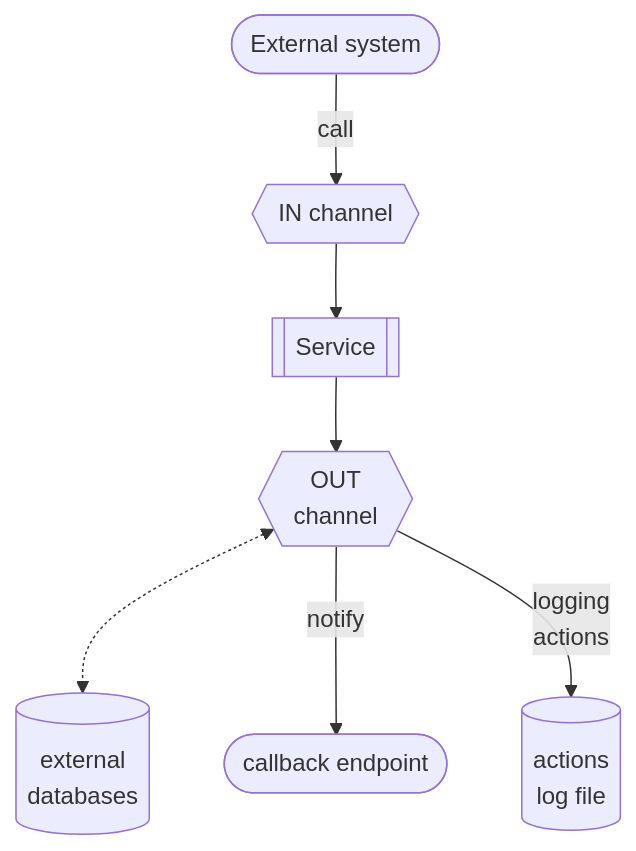
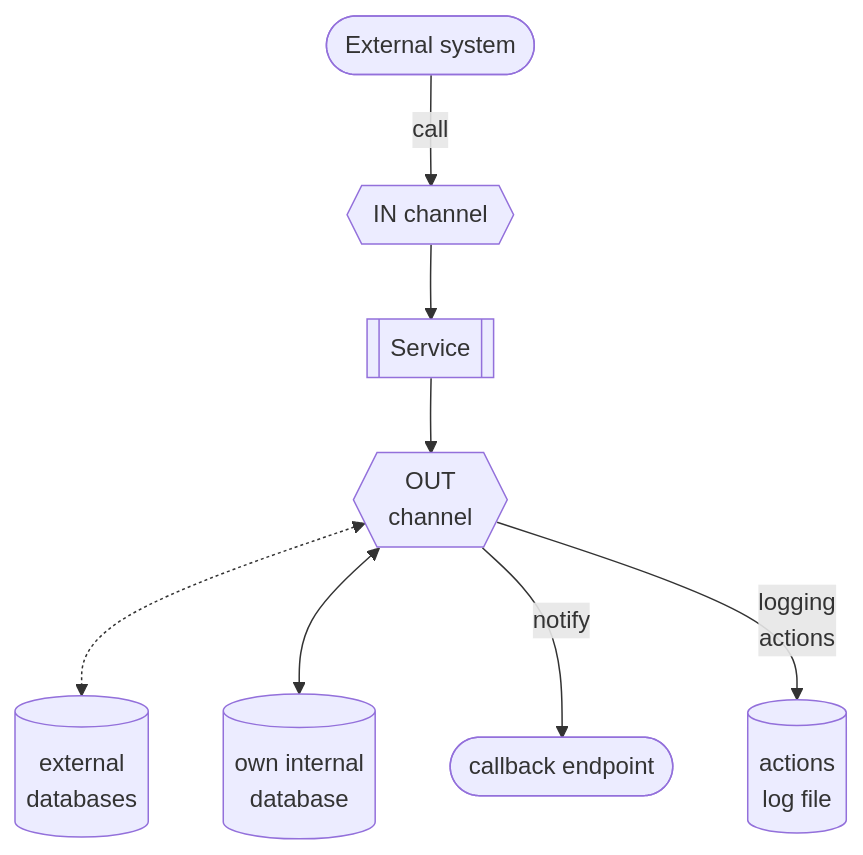
One commit to petre-renware/arint changed the diagram in doc_src/810-DSGN/130.02-Overview.md. Above: the diagram before and after it, drawn with Mermaid. The commit also changed other lines of this file, not shown here.

````diff
--- a/doc_src/810-DSGN/130.02-Overview.md
+++ b/doc_src/810-DSGN/130.02-Overview.md
@@ -25,19 +25,21 @@
 ``` mermaid
 graph TD
     SRV[[Service]]
     EXT([External system])
     INCH{{IN channel}}
-    DTB[(external \n databases)]
+    EDB[(external \n databases)]
+    IDB[(own internal \n database)]
     OUTCH{{OUT \n channel}}
     CALLBCK([callback endpoint])
     LOGFILE[(actions \n log file)]
     
     EXT -->|call| INCH
     INCH --> SRV
     SRV --> OUTCH
     
-    OUTCH <-.-> DTB
+    OUTCH <-.-> EDB
+    OUTCH <--> IDB
     OUTCH --> |notify| CALLBCK
     OUTCH --> |logging \n actions| LOGFILE
 
 ```
````
